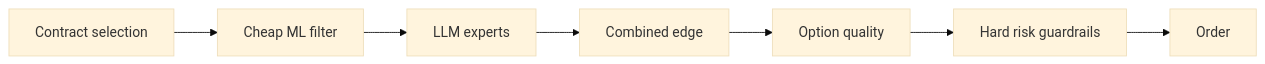
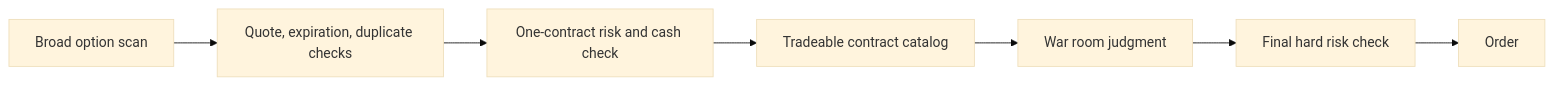
The diagram in .lode/trading/summary.md (xakpc/Alpaca.NoIdea), drawn with Mermaid (base theme) before and after one commit. The commit also changed other lines of this file and 46 other files, not shown here.

First line of the commit message:
feat(war room): stage authoritative contract context

````diff
--- a/.lode/trading/summary.md
+++ b/.lode/trading/summary.md
@@ -30,9 +31,9 @@
 ```mermaid
 flowchart LR
-    A[Contract selection] --> B[Cheap ML filter]
-    B --> C[LLM experts]
-    C --> D[Combined edge]
-    D --> E[Option quality]
-    E --> F[Hard risk guardrails]
+    A[Broad option scan] --> B[Quote, expiration, duplicate checks]
+    B --> C[One-contract risk and cash check]
+    C --> D[Tradeable contract catalog]
+    D --> E[War room judgment]
+    E --> F[Final hard risk check]
     F --> G[Order]
 ```
````
